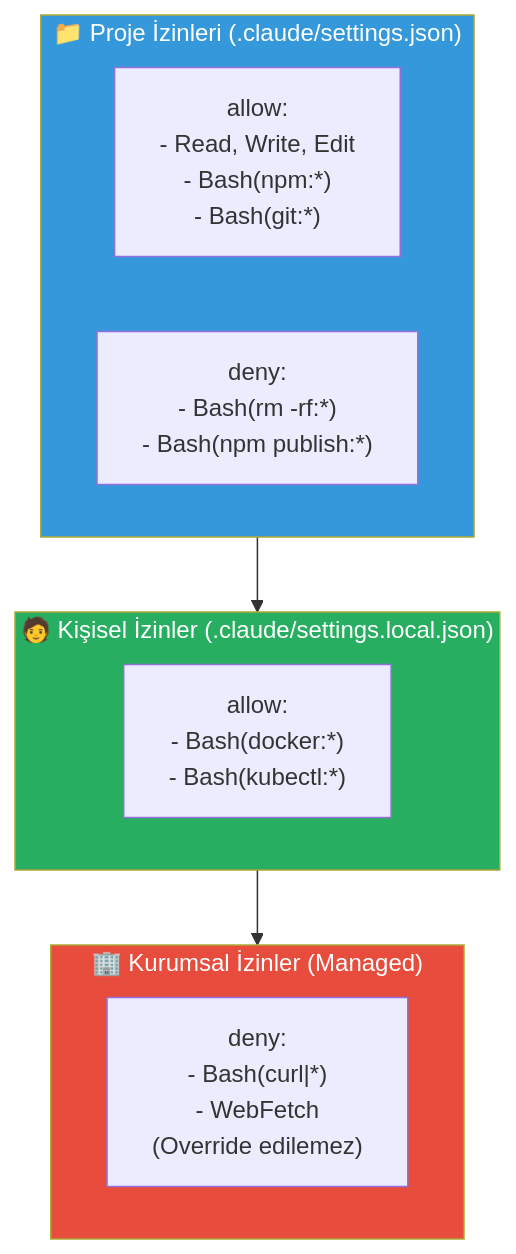
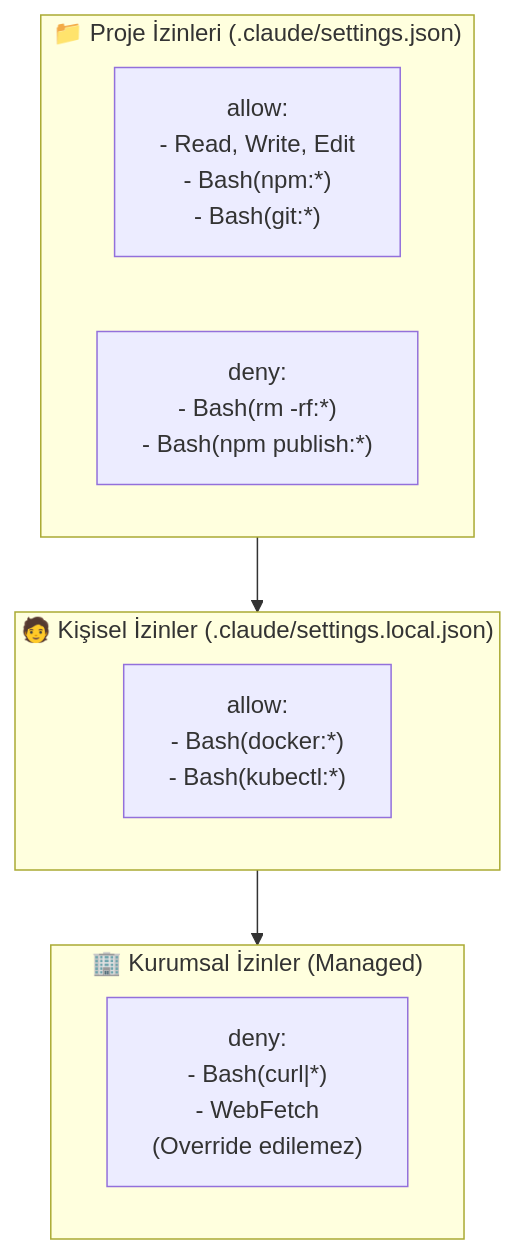
One commit to IzzetYasinAtes/ClaudeCodeHandbook changed the third of 5 diagrams in 18-kurumsal-kullanim/01-takim-kullanimi-ve-yonetim.md. Above: the diagram before and after it, drawn with Mermaid. The commit also changed other lines of this file and 97 other files, not shown here.

Commit message:
Remove all custom Mermaid style/fill colors from 98 markdown files for consistent dark theme rendering

````diff
--- a/18-kurumsal-kullanim/01-takim-kullanimi-ve-yonetim.md
+++ b/18-kurumsal-kullanim/01-takim-kullanimi-ve-yonetim.md
@@ -103,21 +95,18 @@
 ```mermaid
 flowchart TD
     subgraph project ["📁 Proje İzinleri (.claude/settings.json)"]
         PA["allow:<br/>- Read, Write, Edit<br/>- Bash(npm:*)<br/>- Bash(git:*)"]
         PD["deny:<br/>- Bash(rm -rf:*)<br/>- Bash(npm publish:*)"]
     end
 
     subgraph personal ["🧑 Kişisel İzinler (.claude/settings.local.json)"]
         LA["allow:<br/>- Bash(docker:*)<br/>- Bash(kubectl:*)"]
     end
 
     subgraph managed ["🏢 Kurumsal İzinler (Managed)"]
         MD["deny:<br/>- Bash(curl|*)<br/>- WebFetch<br/>(Override edilemez)"]
     end
 
     project --> personal --> managed
 
-    style project fill:#3498DB,color:#fff
-    style personal fill:#27AE60,color:#fff
-    style managed fill:#E74C3C,color:#fff
 ```
````
